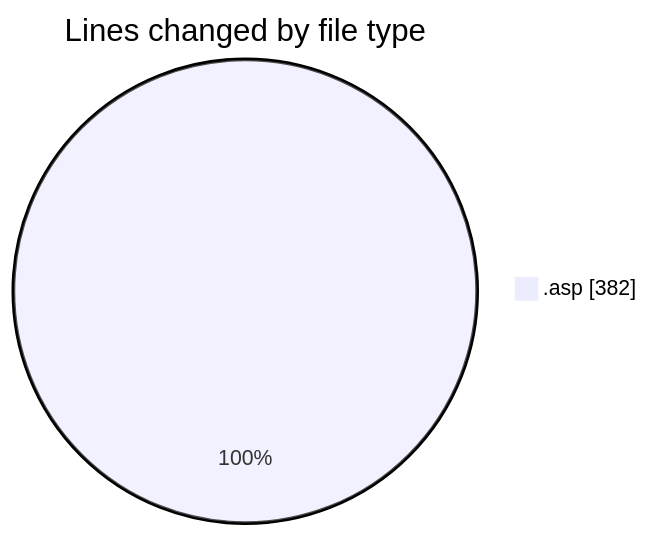
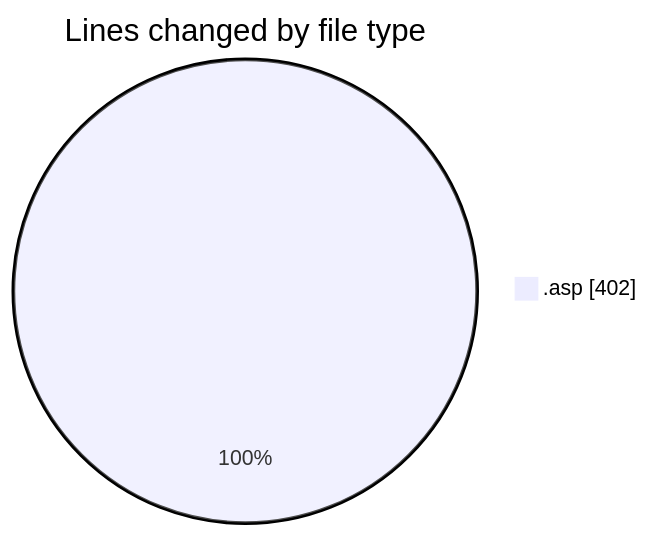
Before and after one commit to julien-gomy/code-tracking: the first of 2 diagrams in 2025-11-12/cdp_aleoudev_fr__workspace_/README.md, drawn with Mermaid. The commit also changed other lines of this file and 1 other file, not shown here.

````diff
--- a/2025-11-12/cdp_aleoudev_fr__workspace_/README.md
+++ b/2025-11-12/cdp_aleoudev_fr__workspace_/README.md
@@ -22,5 +22,5 @@
 ```mermaid
 pie showData
 title Lines changed by file type
-".asp" : 382
+".asp" : 402
 ```
````
